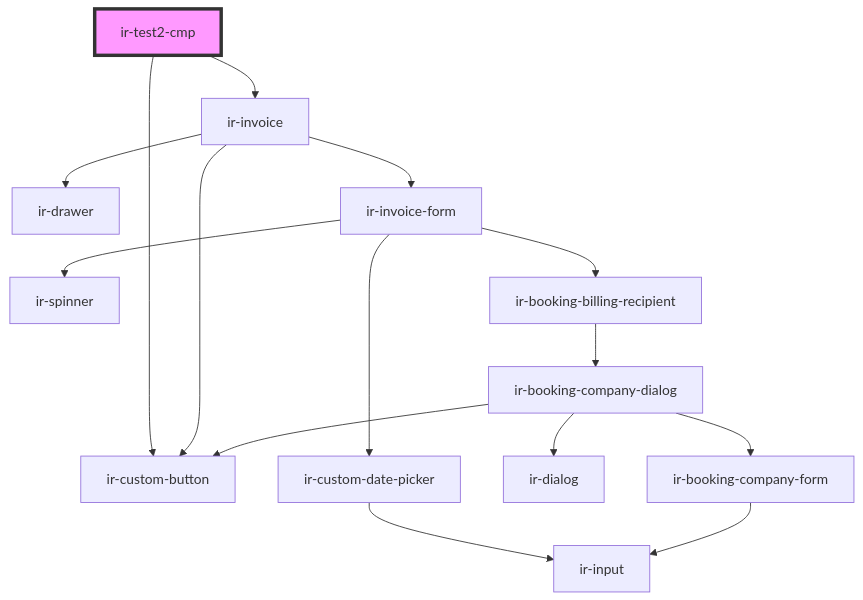
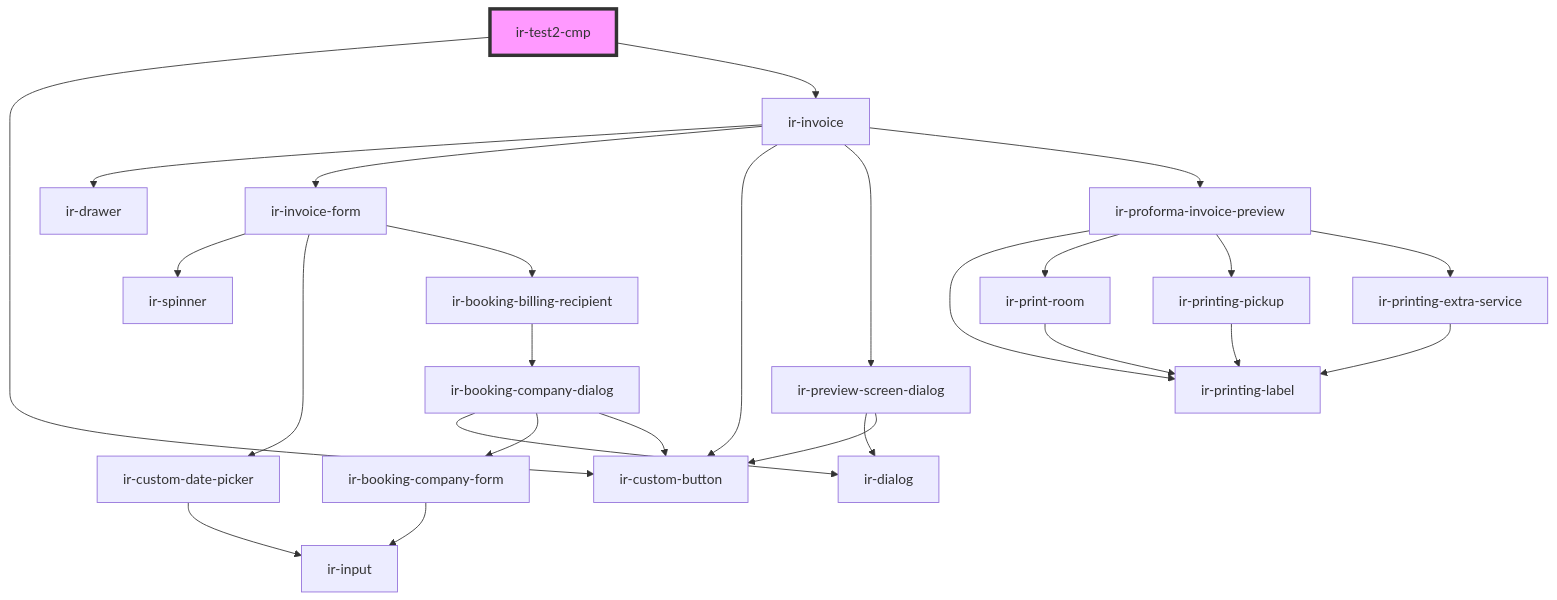
The diagram in src/components/ir-test-cmp/readme.md (David1Chowaifaty/modified-ir-webcmp), drawn with Mermaid before and after one commit. The commit also changed 31 other files, not shown here.

First line of the commit message:
Enhance invoice preview functionality and component integration

````diff
--- a/src/components/ir-test-cmp/readme.md
+++ b/src/components/ir-test-cmp/readme.md
@@ -16,18 +16,29 @@
 ```mermaid
 graph TD;
   ir-test2-cmp --> ir-custom-button
   ir-test2-cmp --> ir-invoice
   ir-invoice --> ir-drawer
   ir-invoice --> ir-invoice-form
   ir-invoice --> ir-custom-button
+  ir-invoice --> ir-preview-screen-dialog
+  ir-invoice --> ir-proforma-invoice-preview
   ir-invoice-form --> ir-spinner
   ir-invoice-form --> ir-custom-date-picker
   ir-invoice-form --> ir-booking-billing-recipient
   ir-custom-date-picker --> ir-input
   ir-booking-billing-recipient --> ir-booking-company-dialog
   ir-booking-company-dialog --> ir-dialog
   ir-booking-company-dialog --> ir-booking-company-form
   ir-booking-company-dialog --> ir-custom-button
   ir-booking-company-form --> ir-input
+  ir-preview-screen-dialog --> ir-dialog
+  ir-preview-screen-dialog --> ir-custom-button
+  ir-proforma-invoice-preview --> ir-printing-label
+  ir-proforma-invoice-preview --> ir-print-room
+  ir-proforma-invoice-preview --> ir-printing-pickup
+  ir-proforma-invoice-preview --> ir-printing-extra-service
+  ir-print-room --> ir-printing-label
+  ir-printing-pickup --> ir-printing-label
+  ir-printing-extra-service --> ir-printing-label
   style ir-test2-cmp fill:#f9f,stroke:#333,stroke-width:4px
 ```
````
